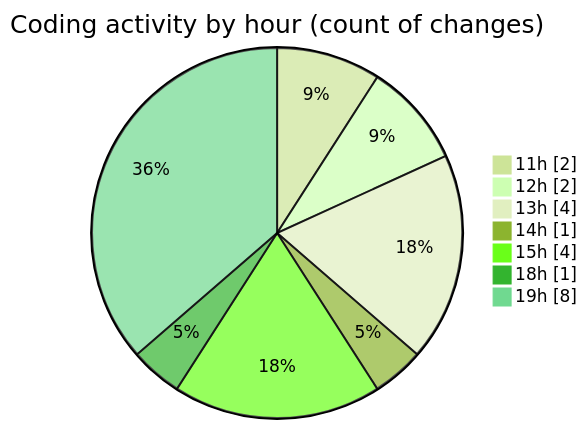
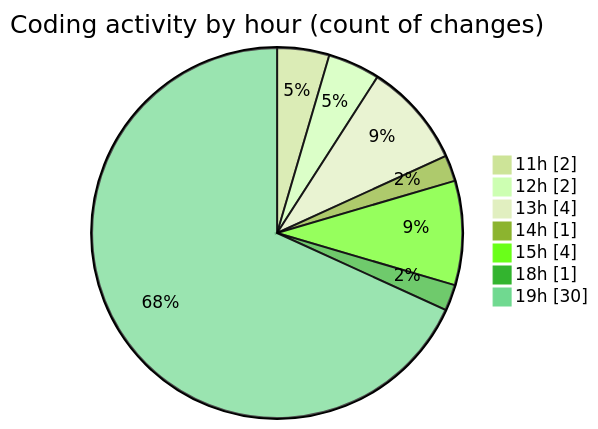
One commit to nxtqubesakshisongat/code-tracking changed the second of 2 diagrams in 2025-07-02/argos/README.md. Above: the diagram before and after it, drawn with Mermaid (forest theme). The commit also changed other lines of this file and 1 other file, not shown here.

````diff
--- a/2025-07-02/argos/README.md
+++ b/2025-07-02/argos/README.md
@@ -35,11 +35,11 @@
 ```mermaid
 pie showData
 title Coding activity by hour (count of changes)
 "11h" : 2
 "12h" : 2
 "13h" : 4
 "14h" : 1
 "15h" : 4
 "18h" : 1
-"19h" : 8
+"19h" : 30
 ```
````
